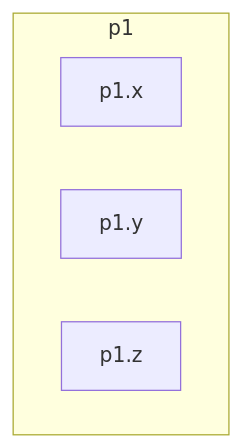
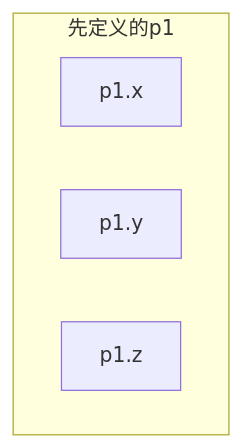
One commit to TeDaBaoXue/Programming_for_detective changed the third of 3 diagrams in 翁恺C语言.md. Above: the diagram before and after it, drawn with Mermaid. The commit also changed other lines of this file, not shown here.

````diff
--- a/翁恺C语言.md
+++ b/翁恺C语言.md
@@ -2744,8 +2816,8 @@
 ```mermaid
 flowchart TB
-subgraph p1
+subgraph 先定义的p1
 		p1.x
 		p1.y
 		p1.z
 	end
 ```
````
